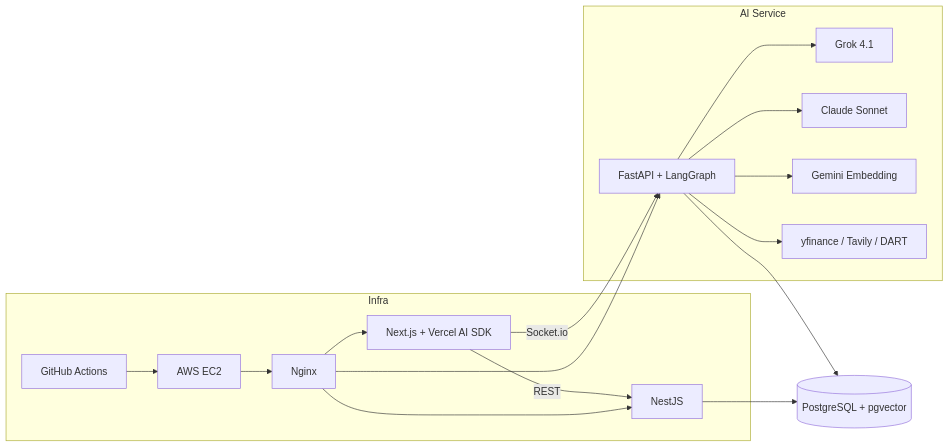
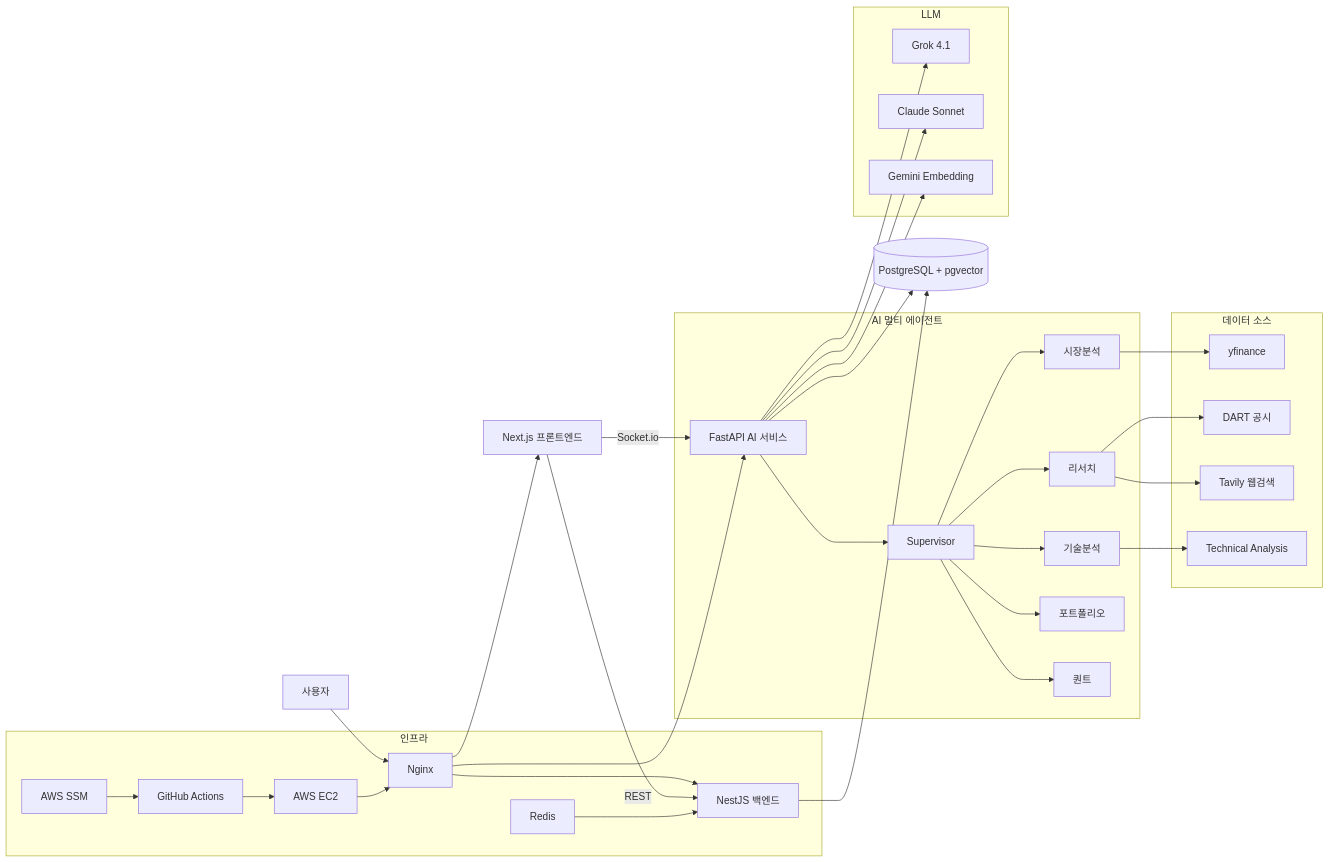
One commit to genie49/genie-cv changed the diagram in data/architectures/projects/fingoo.mmd. Above: the diagram before and after it, drawn with Mermaid. The commit also changed 2 other files, not shown here.

```diff
--- a/data/architectures/projects/fingoo.mmd
+++ b/data/architectures/projects/fingoo.mmd
@@ -1,23 +1,39 @@
 graph LR
-    Browser[Next.js + Vercel AI SDK] -->|Socket.io| AI[FastAPI + LangGraph]
-    Browser -->|REST| API[NestJS]
+    User[사용자] --> Nginx
+    Nginx --> Web[Next.js 프론트엔드]
+    Nginx --> API[NestJS 백엔드]
+    Nginx --> AI[FastAPI AI 서비스]
+
+    Web -->|Socket.io| AI
+    Web -->|REST| API
     API --> DB[(PostgreSQL + pgvector)]
     AI --> DB
-    AI --> Grok[Grok 4.1]
-    AI --> Claude[Claude Sonnet]
-    AI --> Gemini[Gemini Embedding]
-    AI --> Tools[yfinance / Tavily / DART]
-    subgraph AI Service
-        AI
-        Grok
-        Claude
-        Gemini
-        Tools
+
+    subgraph AI 멀티 에이전트
+        AI --> Supervisor[Supervisor]
+        Supervisor --> Market[시장분석]
+        Supervisor --> Tech[기술분석]
+        Supervisor --> Research[리서치]
+        Supervisor --> Portfolio[포트폴리오]
+        Supervisor --> Quant[퀀트]
     end
-    subgraph Infra
-        Nginx --> Browser
-        Nginx --> API
-        Nginx --> AI
+
+    subgraph 데이터 소스
+        Market --> yfinance
+        Research --> DART[DART 공시]
+        Research --> Tavily[Tavily 웹검색]
+        Tech --> TA[Technical Analysis]
+    end
+
+    subgraph LLM
+        AI --> Grok[Grok 4.1]
+        AI --> Claude[Claude Sonnet]
+        AI --> Gemini[Gemini Embedding]
+    end
+
+    subgraph 인프라
         GHA[GitHub Actions] --> EC2[AWS EC2]
         EC2 --> Nginx
+        SSM[AWS SSM] --> GHA
+        Redis --> API
     end
```
